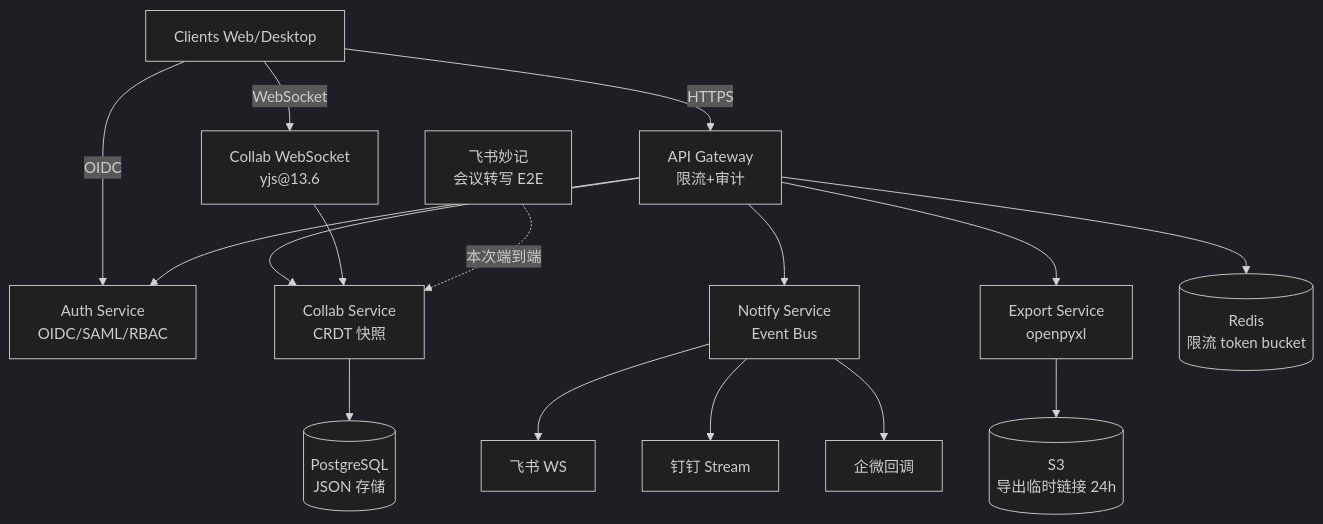
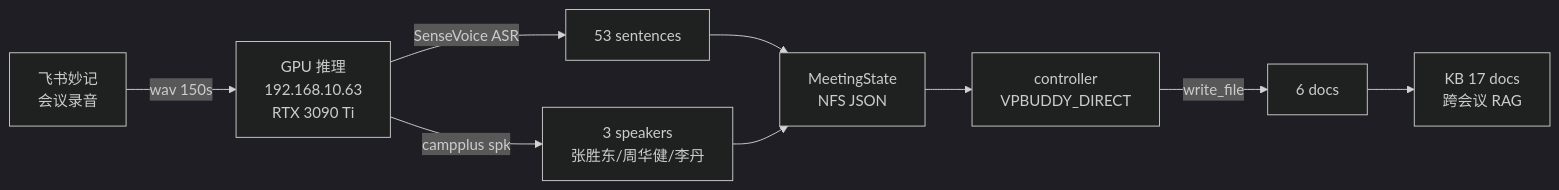
Before and after one commit to zhangsheng377/vpbuddy: the diagram in docs/PHASE3_MEETING_REAL/arch.md, drawn with Mermaid (dark theme). The commit also changed other lines of this file and 5 other files, not shown here.

First line of the commit message:
phase4: VPBUDDY_DIRECT 模式重写 6 docs (v2) + 3 说话人真名映射

````diff
--- a/docs/PHASE3_MEETING_REAL/arch.md
+++ b/docs/PHASE3_MEETING_REAL/arch.md
@@ -47,33 +17,11 @@
 ```mermaid
-graph TD
-    Client[Clients Web/Desktop]
-    Gateway[API Gateway<br/>限流+审计]
-    CollabWS[Collab WebSocket<br/>yjs@13.6]
-    Auth[Auth Service<br/>OIDC/SAML/RBAC]
-    Collab[Collab Service<br/>CRDT 快照]
-    Notify[Notify Service<br/>Event Bus]
-    Export[Export Service<br/>openpyxl]
-    PG[(PostgreSQL<br/>JSON 存储)]
-    Redis[(Redis<br/>限流 token bucket)]
-    S3[(S3<br/>导出临时链接 24h)]
-    Feishu[飞书 WS]
-    Dingtalk[钉钉 Stream]
-    Wecom[企微回调]
-    Miaoji[飞书妙记<br/>会议转写 E2E]
-
-    Client -->|HTTPS| Gateway
-    Client -->|WebSocket| CollabWS
-    Client -->|OIDC| Auth
-    Gateway --> Auth
-    Gateway --> Collab
-    Gateway --> Notify
-    Gateway --> Export
-    CollabWS --> Collab
-    Collab --> PG
-    Gateway --> Redis
-    Export --> S3
-    Notify --> Feishu
-    Notify --> Dingtalk
-    Notify --> Wecom
-    Miaoji -.本次端到端.-> Collab
+flowchart LR
+  A[飞书妙记<br/>会议录音] -->|wav 150s| B[GPU 推理<br/>192.168.10.63<br/>RTX 3090 Ti]
+  B -->|SenseVoice ASR| C[53 sentences]
+  B -->|campplus spk| D[3 speakers<br/>张胜东/周华健/李丹]
+  C --> E[MeetingState<br/>NFS JSON]
+  D --> E
+  E --> F[controller<br/>VPBUDDY_DIRECT]
+  F -->|write_file| G[6 docs]
+  G --> H[KB 17 docs<br/>跨会议 RAG]
 ```
````
